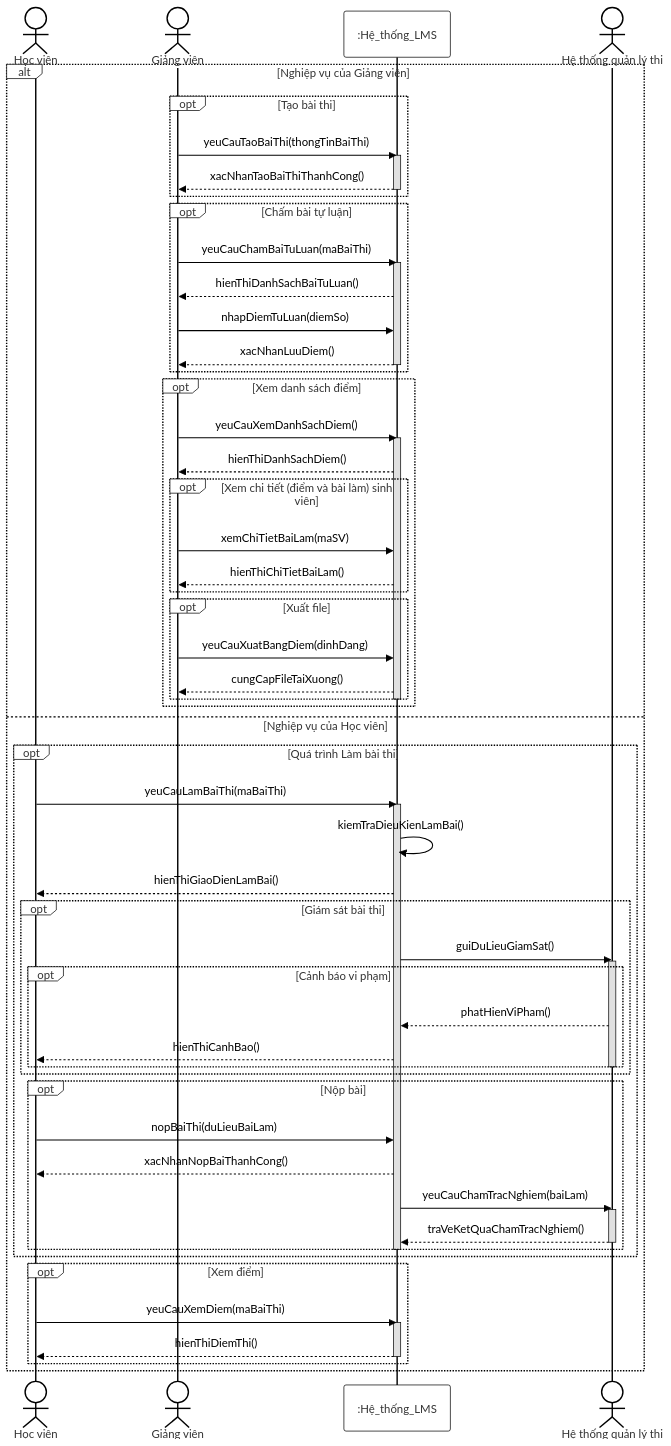
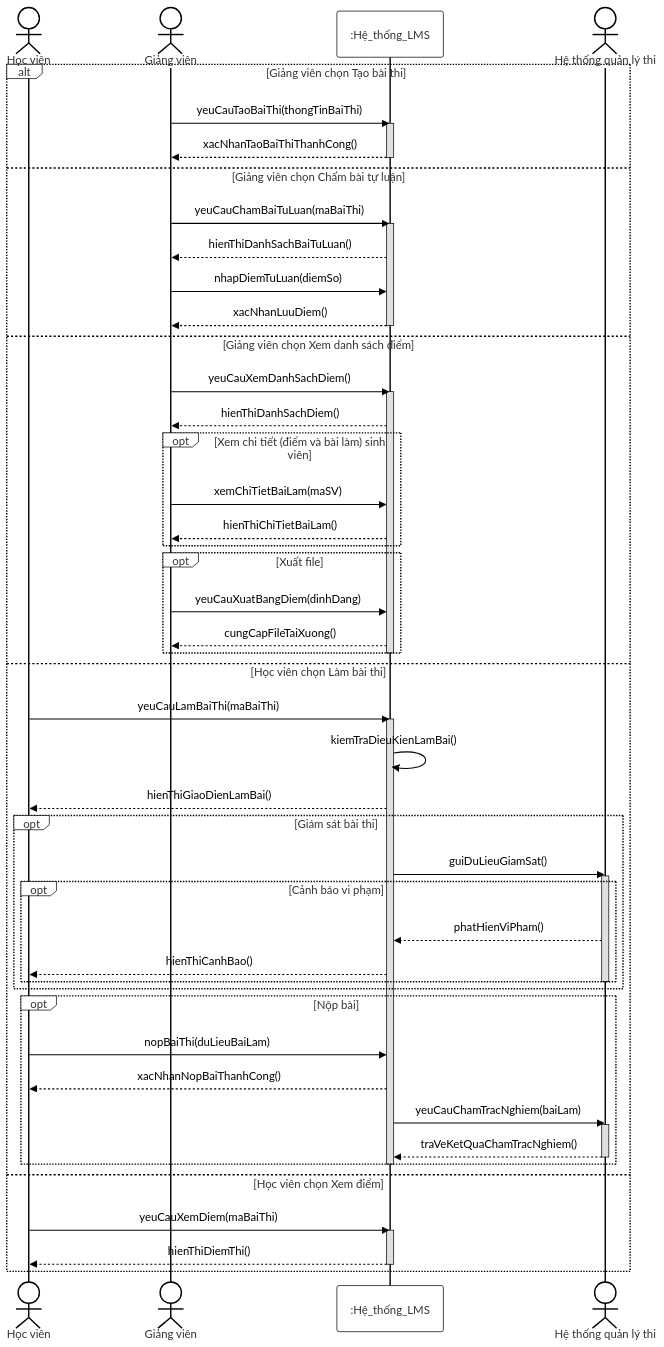
Before and after one commit to NguyenViet-281205/PTTKHT: the diagram in thi.md, drawn with Mermaid.

````diff
--- a/thi.md
+++ b/thi.md
@@ -6,84 +6,75 @@
     participant Sys as :Hệ_thống_LMS
     actor HT as Hệ thống quản lý thi
 
-    %% Khối nghiệp vụ của Giảng viên
-    alt Nghiệp vụ của Giảng viên
-        opt Tạo bài thi
-            GV->>Sys: yeuCauTaoBaiThi(thongTinBaiThi)
-            activate Sys
-            Sys-->>GV: xacNhanTaoBaiThiThanhCong()
-            deactivate Sys
+    alt Giảng viên chọn Tạo bài thi
+        GV->>Sys: yeuCauTaoBaiThi(thongTinBaiThi)
+        activate Sys
+        Sys-->>GV: xacNhanTaoBaiThiThanhCong()
+        deactivate Sys
+
+    else Giảng viên chọn Chấm bài tự luận
+        GV->>Sys: yeuCauChamBaiTuLuan(maBaiThi)
+        activate Sys
+        Sys-->>GV: hienThiDanhSachBaiTuLuan()
+        GV->>Sys: nhapDiemTuLuan(diemSo)
+        Sys-->>GV: xacNhanLuuDiem()
+        deactivate Sys
+
+    else Giảng viên chọn Xem danh sách điểm
+        GV->>Sys: yeuCauXemDanhSachDiem()
+        activate Sys
+        Sys-->>GV: hienThiDanhSachDiem()
+
+        %% Các luồng Extend của Xem danh sách điểm (vẫn là opt)
+        opt Xem chi tiết (điểm và bài làm) sinh viên
+            GV->>Sys: xemChiTietBaiLam(maSV)
+            Sys-->>GV: hienThiChiTietBaiLam()
         end
 
-        opt Chấm bài tự luận
-            GV->>Sys: yeuCauChamBaiTuLuan(maBaiThi)
-            activate Sys
-            Sys-->>GV: hienThiDanhSachBaiTuLuan()
-            GV->>Sys: nhapDiemTuLuan(diemSo)
-            Sys-->>GV: xacNhanLuuDiem()
-            deactivate Sys
+        opt Xuất file
+            GV->>Sys: yeuCauXuatBangDiem(dinhDang)
+            Sys-->>GV: cungCapFileTaiXuong()
+        end
+        deactivate Sys
+
+    else Học viên chọn Làm bài thi
+        HV->>Sys: yeuCauLamBaiThi(maBaiThi)
+        activate Sys
+        
+        %% Include: Kiểm tra điều kiện làm bài
+        Sys->>Sys: kiemTraDieuKienLamBai()
+        Sys-->>HV: hienThiGiaoDienLamBai()
+        
+        %% Extend: Giám sát bài thi
+        opt Giám sát bài thi
+            Sys->>HT: guiDuLieuGiamSat()
+            activate HT
+            
+            %% Extend từ Giám sát: Cảnh báo vi phạm
+            opt Cảnh báo vi phạm
+                HT-->>Sys: phatHienViPham()
+                Sys-->>HV: hienThiCanhBao()
+            end
+            deactivate HT
         end
 
-        opt Xem danh sách điểm
-            GV->>Sys: yeuCauXemDanhSachDiem()
-            activate Sys
-            Sys-->>GV: hienThiDanhSachDiem()
+        %% Extend: Nộp bài
+        opt Nộp bài
+            HV->>Sys: nopBaiThi(duLieuBaiLam)
+            Sys-->>HV: xacNhanNopBaiThanhCong()
+            
+            %% Extend từ Nộp bài: Chấm bài trắc nghiệm
+            Sys->>HT: yeuCauChamTracNghiem(baiLam)
+            activate HT
+            HT-->>Sys: traVeKetQuaChamTracNghiem()
+            deactivate HT
+        end
+        deactivate Sys
 
-            %% Các luồng Extend của Xem danh sách điểm
-            opt Xem chi tiết (điểm và bài làm) sinh viên
-                GV->>Sys: xemChiTietBaiLam(maSV)
-                Sys-->>GV: hienThiChiTietBaiLam()
-            end
-
-            opt Xuất file
-                GV->>Sys: yeuCauXuatBangDiem(dinhDang)
-                Sys-->>GV: cungCapFileTaiXuong()
-            end
-            deactivate Sys
-        end
-
-    %% Khối nghiệp vụ của Học viên
-    else Nghiệp vụ của Học viên
-        opt Quá trình Làm bài thi
-            HV->>Sys: yeuCauLamBaiThi(maBaiThi)
-            activate Sys
-            
-            %% Include: Kiểm tra điều kiện làm bài
-            Sys->>Sys: kiemTraDieuKienLamBai()
-            Sys-->>HV: hienThiGiaoDienLamBai()
-            
-            %% Extend: Giám sát bài thi
-            opt Giám sát bài thi
-                Sys->>HT: guiDuLieuGiamSat()
-                activate HT
-                
-                %% Extend từ Giám sát: Cảnh báo vi phạm
-                opt Cảnh báo vi phạm
-                    HT-->>Sys: phatHienViPham()
-                    Sys-->>HV: hienThiCanhBao()
-                end
-                deactivate HT
-            end
-
-            %% Extend: Nộp bài
-            opt Nộp bài
-                HV->>Sys: nopBaiThi(duLieuBaiLam)
-                Sys-->>HV: xacNhanNopBaiThanhCong()
-                
-                %% Extend từ Nộp bài: Chấm bài trắc nghiệm
-                Sys->>HT: yeuCauChamTracNghiem(baiLam)
-                activate HT
-                HT-->>Sys: traVeKetQuaChamTracNghiem()
-                deactivate HT
-            end
-            deactivate Sys
-        end
-
-        opt Xem điểm
-            HV->>Sys: yeuCauXemDiem(maBaiThi)
-            activate Sys
-            Sys-->>HV: hienThiDiemThi()
-            deactivate Sys
-        end
+    else Học viên chọn Xem điểm
+        HV->>Sys: yeuCauXemDiem(maBaiThi)
+        activate Sys
+        Sys-->>HV: hienThiDiemThi()
+        deactivate Sys
     end
 ```
````
